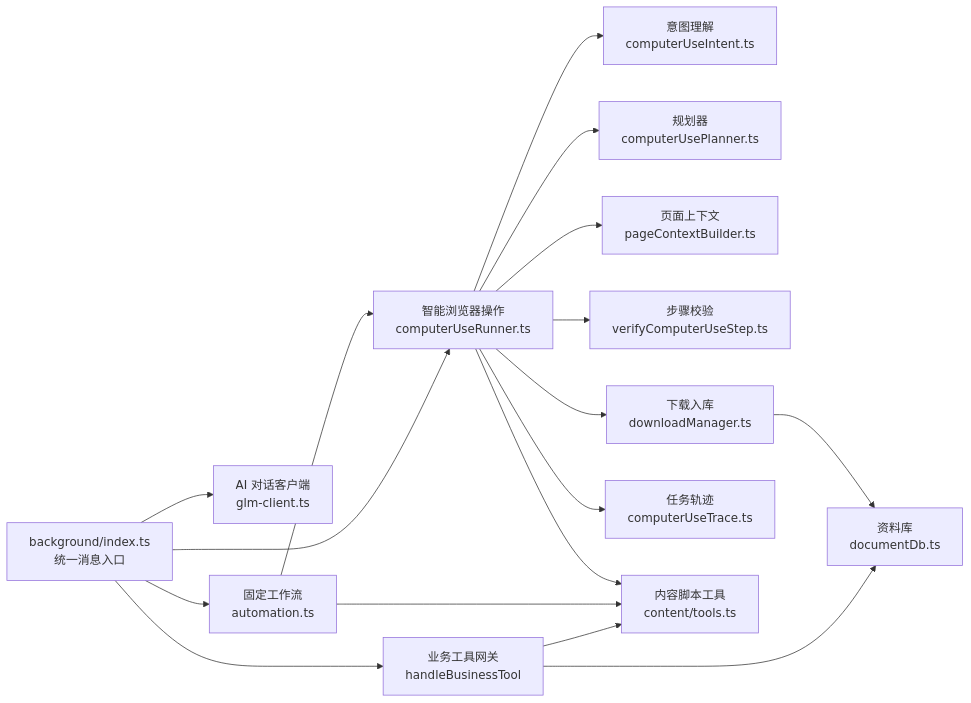
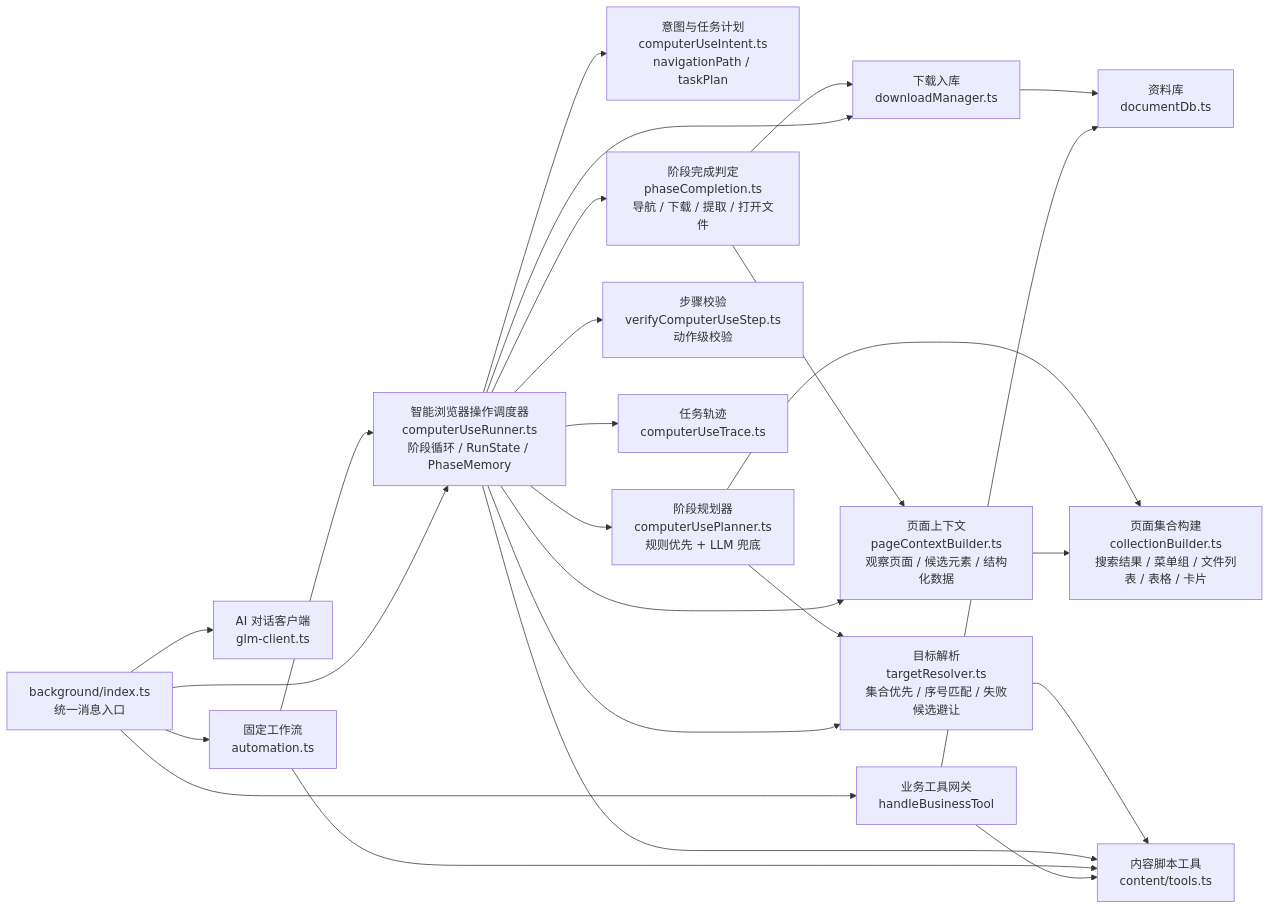
The second of 6 diagrams in docs/architecture.md (Clearlovesixteen/gancao-colipot), drawn with Mermaid before and after one commit. The commit also changed other lines of this file and 26 other files, not shown here.

````diff
--- a/docs/architecture.md
+++ b/docs/architecture.md
@@ -80,33 +80,44 @@
 ```mermaid
 flowchart LR
   BG["background/index.ts<br/>统一消息入口"]
   GLM["AI 对话客户端<br/>glm-client.ts"]
   Gateway["业务工具网关<br/>handleBusinessTool"]
   Auto["固定工作流<br/>automation.ts"]
-  CU["智能浏览器操作<br/>computerUseRunner.ts"]
-  Intent["意图理解<br/>computerUseIntent.ts"]
-  Planner["规划器<br/>computerUsePlanner.ts"]
-  Context["页面上下文<br/>pageContextBuilder.ts"]
-  Verify["步骤校验<br/>verifyComputerUseStep.ts"]
+  CU["智能浏览器操作调度器<br/>computerUseRunner.ts<br/>阶段循环 / RunState / PhaseMemory"]
+  Intent["意图与任务计划<br/>computerUseIntent.ts<br/>navigationPath / taskPlan"]
+  Planner["阶段规划器<br/>computerUsePlanner.ts<br/>规则优先 + LLM 兜底"]
+  Context["页面上下文<br/>pageContextBuilder.ts<br/>观察页面 / 候选元素 / 结构化数据"]
+  Collections["页面集合构建<br/>collectionBuilder.ts<br/>搜索结果 / 菜单组 / 文件列表 / 表格 / 卡片"]
+  Resolver["目标解析<br/>targetResolver.ts<br/>集合优先 / 序号匹配 / 失败候选避让"]
+  PhaseDone["阶段完成判定<br/>phaseCompletion.ts<br/>导航 / 下载 / 提取 / 打开文件"]
+  Verify["步骤校验<br/>verifyComputerUseStep.ts<br/>动作级校验"]
   Download["下载入库<br/>downloadManager.ts"]
   Trace["任务轨迹<br/>computerUseTrace.ts"]
   DB["资料库<br/>documentDb.ts"]
   Content["内容脚本工具<br/>content/tools.ts"]
 
   BG --> GLM
   BG --> Gateway
   BG --> Auto
   BG --> CU
   Gateway --> DB
   Gateway --> Content
   Auto --> Content
   Auto --> CU
   CU --> Intent
   CU --> Context
   CU --> Planner
+  CU --> Resolver
+  CU --> PhaseDone
   CU --> Content
   CU --> Verify
   CU --> Download
   CU --> Trace
+  Context --> Collections
+  Planner --> Collections
+  Planner --> Resolver
+  Resolver --> Content
+  PhaseDone --> Context
+  PhaseDone --> Download
   Download --> DB
 ```
````
